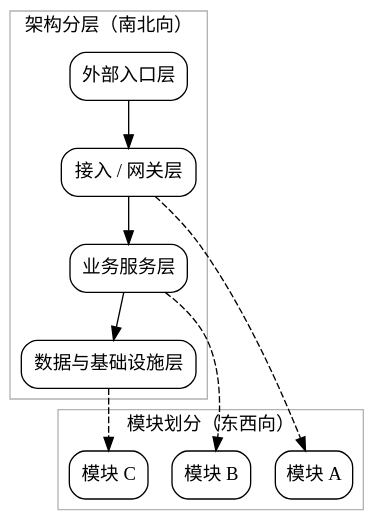
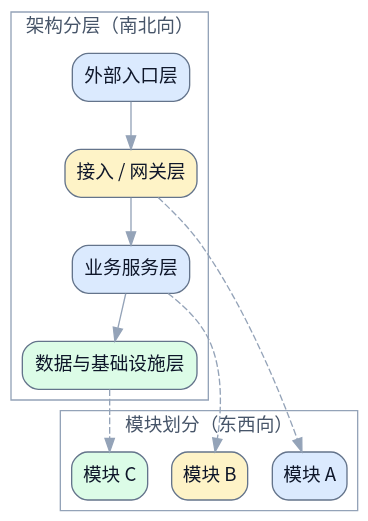
One commit to terencefan/inority-workspace changed the third of 3 diagrams in skills/write-spec/tests/assets/reference-spec.md. Above: the diagram before and after it, drawn with Graphviz. The commit also changed other lines of this file and 28 other files, not shown here.

````diff
--- a/skills/write-spec/tests/assets/reference-spec.md
+++ b/skills/write-spec/tests/assets/reference-spec.md
@@ -77,29 +79,32 @@
 ```dot
 digraph ArchitectureOverview {
   rankdir=TB;
-  graph [bgcolor="transparent"];
-  node [shape=box, style="rounded"];
+  graph [bgcolor="transparent", fontname="Noto Sans CJK SC"];
+  node [fontname="Noto Sans CJK SC", shape=box, style="rounded,filled", color="#64748b", fontcolor="#0f172a", fillcolor="#f8fafc"];
+  edge [fontname="Noto Sans CJK SC", color="#94a3b8", fontcolor="#94a3b8"];
 
   subgraph cluster_ns {
     label="架构分层（南北向）";
-    color=gray70;
-    external [label="外部入口层"];
-    gateway [label="接入 / 网关层"];
-    service [label="业务服务层"];
-    data [label="数据与基础设施层"];
+    color="#94a3b8";
+    fontcolor="#475569";
+    external [label="外部入口层", fillcolor="#dbeafe"];
+    gateway [label="接入 / 网关层", fillcolor="#fef3c7"];
+    service [label="业务服务层", fillcolor="#dbeafe"];
+    data [label="数据与基础设施层", fillcolor="#dcfce7"];
     external -> gateway -> service -> data;
   }
 
   subgraph cluster_ew {
     label="模块划分（东西向）";
-    color=gray70;
-    moduleA [label="模块 A"];
-    moduleB [label="模块 B"];
-    moduleC [label="模块 C"];
+    color="#94a3b8";
+    fontcolor="#475569";
+    moduleA [label="模块 A", fillcolor="#dbeafe"];
+    moduleB [label="模块 B", fillcolor="#fef3c7"];
+    moduleC [label="模块 C", fillcolor="#dcfce7"];
   }
 
   gateway -> moduleA [style=dashed];
   service -> moduleB [style=dashed];
   data -> moduleC [style=dashed];
 }
 ```
````
